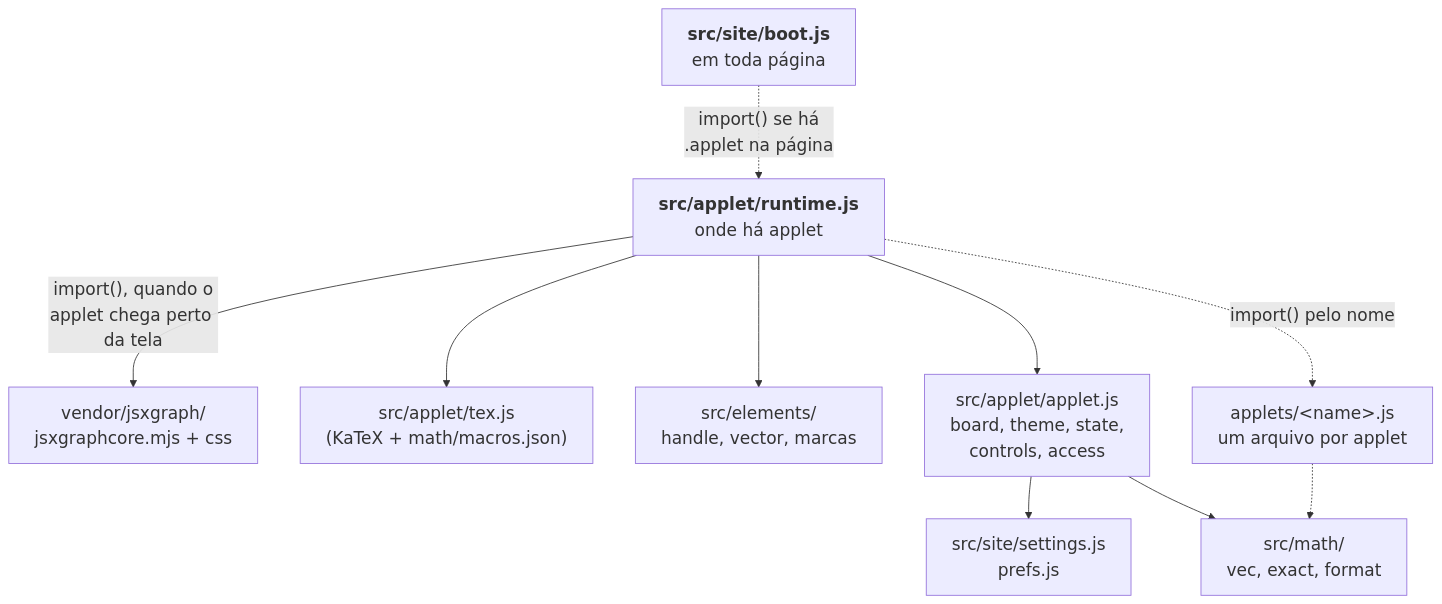
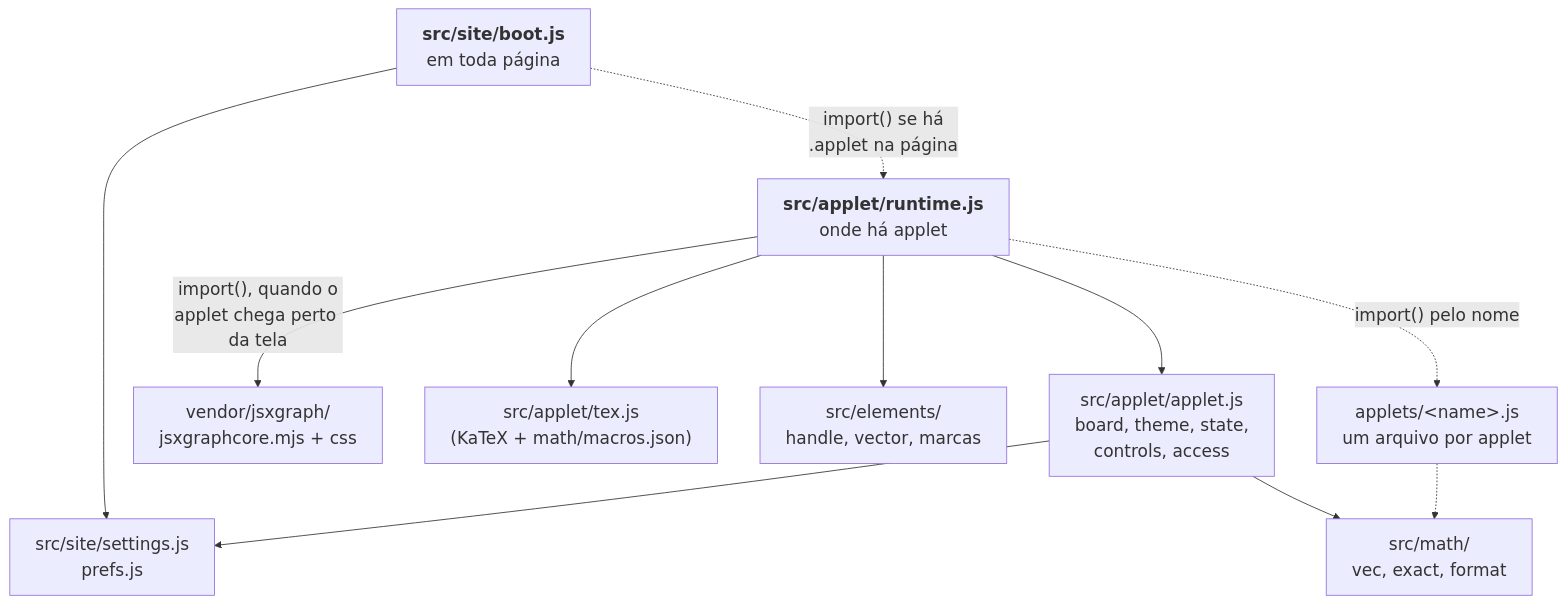
Before and after one commit to lcmerlo/livro-online-fcg: the fifth of 9 diagrams in _interno/diretrizes/arquitetura.md, drawn with Mermaid. The commit also changed other lines of this file and 5 other files, not shown here.

````diff
--- a/_interno/diretrizes/arquitetura.md
+++ b/_interno/diretrizes/arquitetura.md
@@ -345,23 +347,24 @@
 ```mermaid
 %%{init: {"themeVariables": {"fontSize": "20px"}, "flowchart": {"wrappingWidth": 420}}}%%
 flowchart TD
     boot["<b>src/site/boot.js</b><br/>em toda página"]
     runtime["<b>src/applet/runtime.js</b><br/>onde há applet"]
     jxg["vendor/jsxgraph/<br/>jsxgraphcore.mjs + css"]
     tex["src/applet/tex.js<br/>(KaTeX + math/macros.json)"]
     elem["src/elements/<br/>handle, vector, marcas"]
     applet["src/applet/applet.js<br/>board, theme, state,<br/>controls, access"]
     novo["applets/&lt;name&gt;.js<br/>um arquivo por applet"]
     math["src/math/<br/>vec, exact, format"]
     painel["src/site/settings.js<br/>prefs.js"]
 
+    boot --> painel
     boot -.->|"import() se há<br/>.applet na página"| runtime
     runtime -->|"import(), quando o<br/>applet chega perto da tela"| jxg
     runtime --> tex
     runtime --> elem
     runtime --> applet
     runtime -.->|"import() pelo nome"| novo
     applet --> painel
     applet --> math
     novo -.-> math
 ```
````
